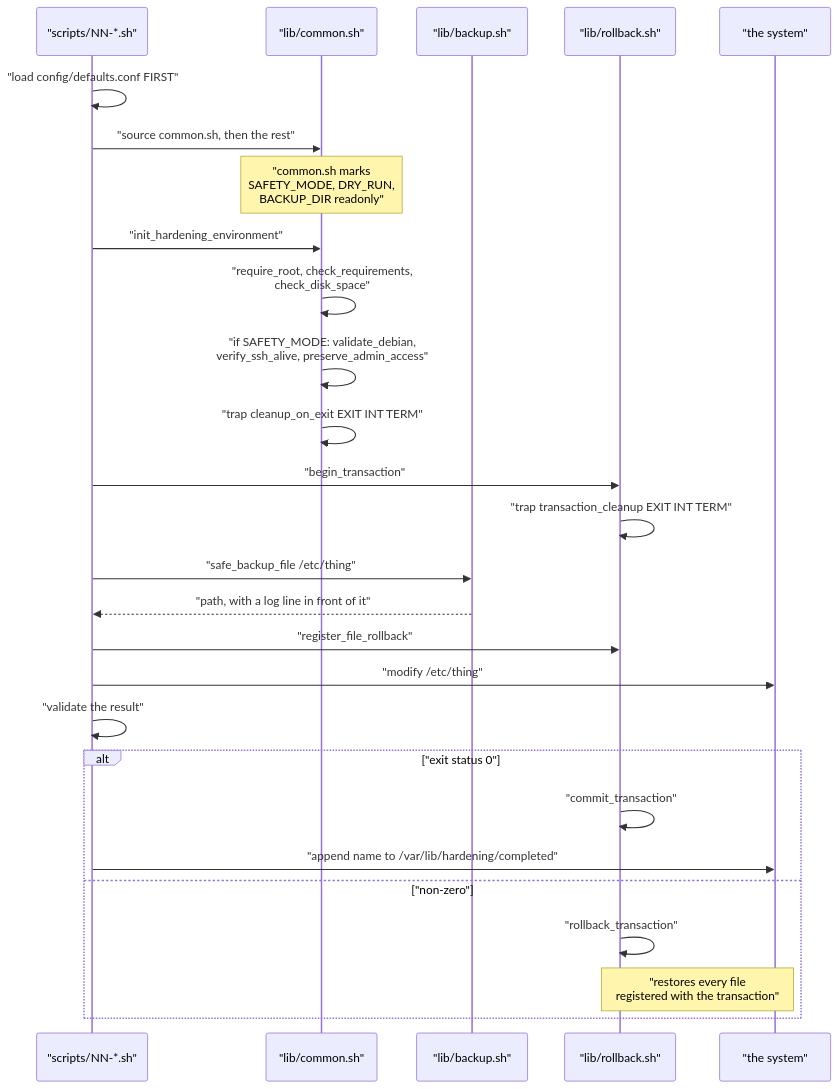
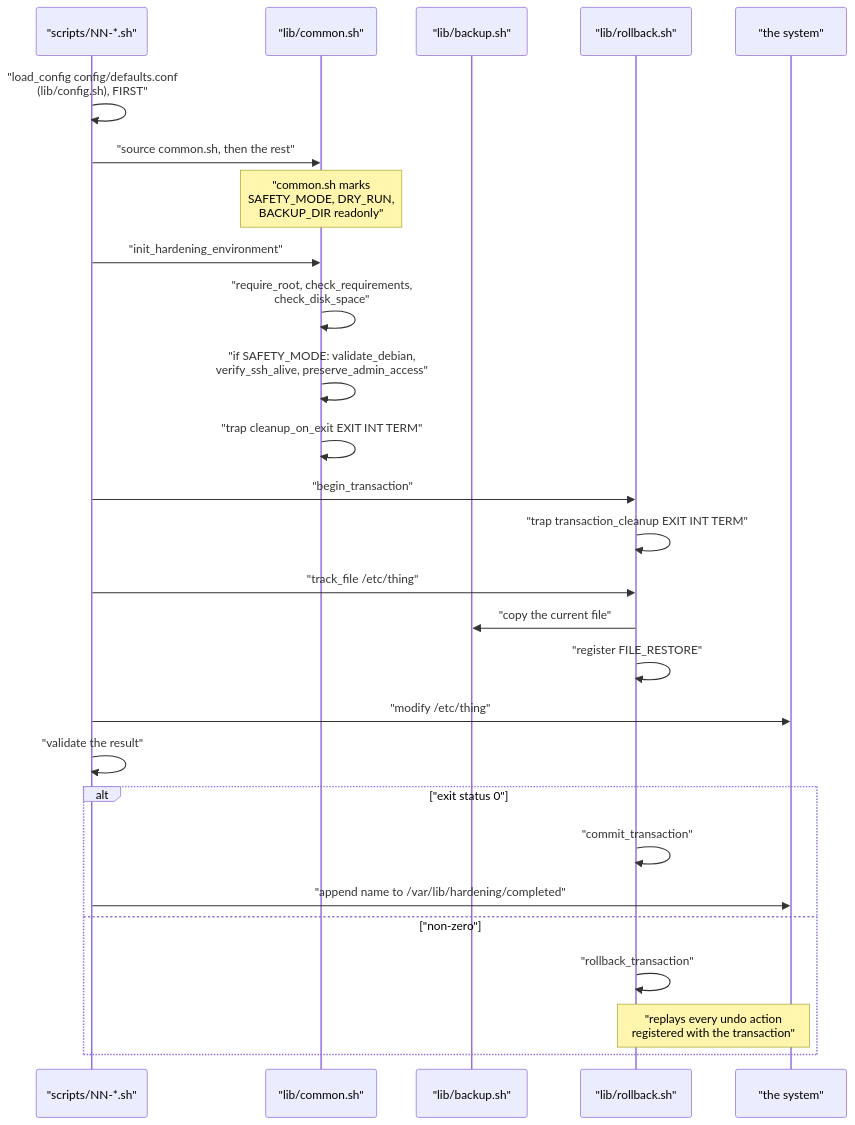
Before and after one commit to Bissbert/POSIX-hardening: the second of 2 diagrams in docs/execution-model.md, drawn with Mermaid. The commit also changed other lines of this file and 25 other files, not shown here.

````diff
--- a/docs/execution-model.md
+++ b/docs/execution-model.md
@@ -61,30 +62,30 @@
 ```mermaid
 sequenceDiagram
     participant S as "scripts/NN-*.sh"
     participant C as "lib/common.sh"
     participant B as "lib/backup.sh"
     participant R as "lib/rollback.sh"
     participant SYS as "the system"
 
-    S->>S: "load config/defaults.conf FIRST"
+    S->>S: "load_config config/defaults.conf<br/>(lib/config.sh), FIRST"
     S->>C: "source common.sh, then the rest"
     Note over C: "common.sh marks<br/>SAFETY_MODE, DRY_RUN,<br/>BACKUP_DIR readonly"
     S->>C: "init_hardening_environment"
     C->>C: "require_root, check_requirements,<br/>check_disk_space"
     C->>C: "if SAFETY_MODE: validate_debian,<br/>verify_ssh_alive, preserve_admin_access"
     C->>C: "trap cleanup_on_exit EXIT INT TERM"
     S->>R: "begin_transaction"
     R->>R: "trap transaction_cleanup EXIT INT TERM"
-    S->>B: "safe_backup_file /etc/thing"
-    B-->>S: "path, with a log line in front of it"
-    S->>R: "register_file_rollback"
+    S->>R: "track_file /etc/thing"
+    R->>B: "copy the current file"
+    R->>R: "register FILE_RESTORE"
     S->>SYS: "modify /etc/thing"
     S->>S: "validate the result"
     alt "exit status 0"
         R->>R: "commit_transaction"
         S->>SYS: "append name to /var/lib/hardening/completed"
     else "non-zero"
         R->>R: "rollback_transaction"
-        Note over R,SYS: "restores every file<br/>registered with the transaction"
+        Note over R,SYS: "replays every undo action<br/>registered with the transaction"
     end
 ```
````
